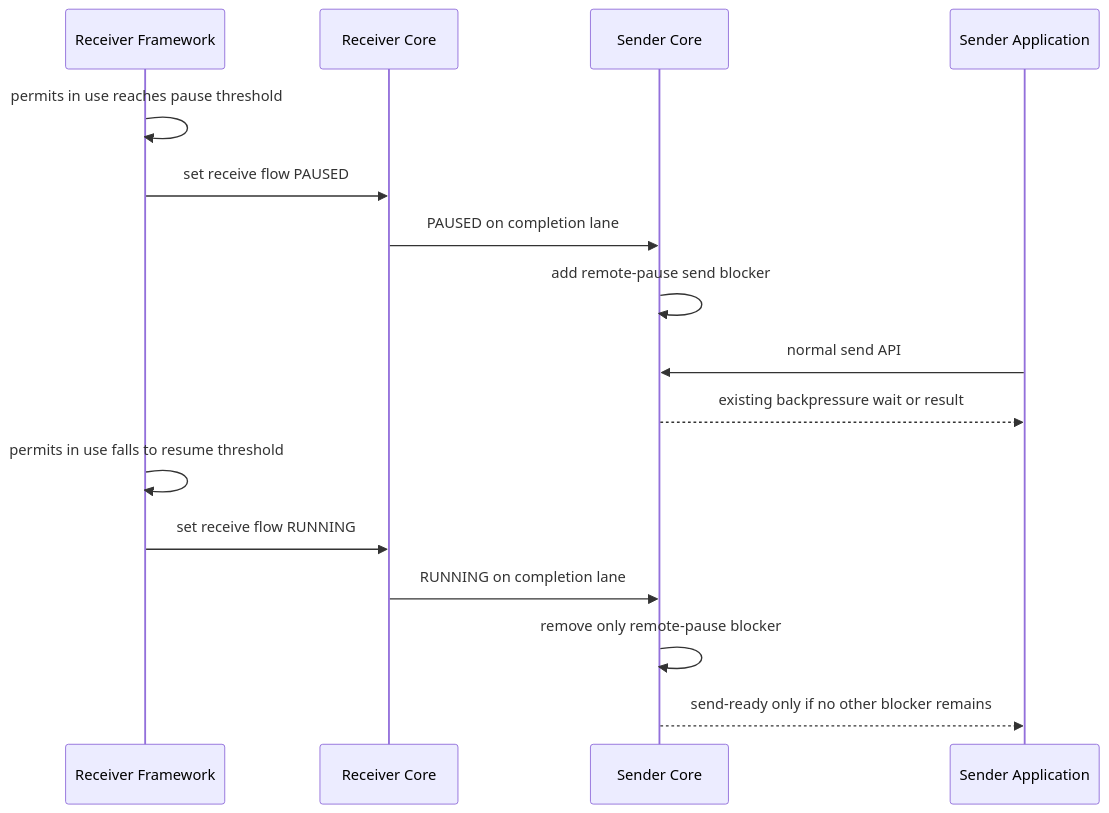
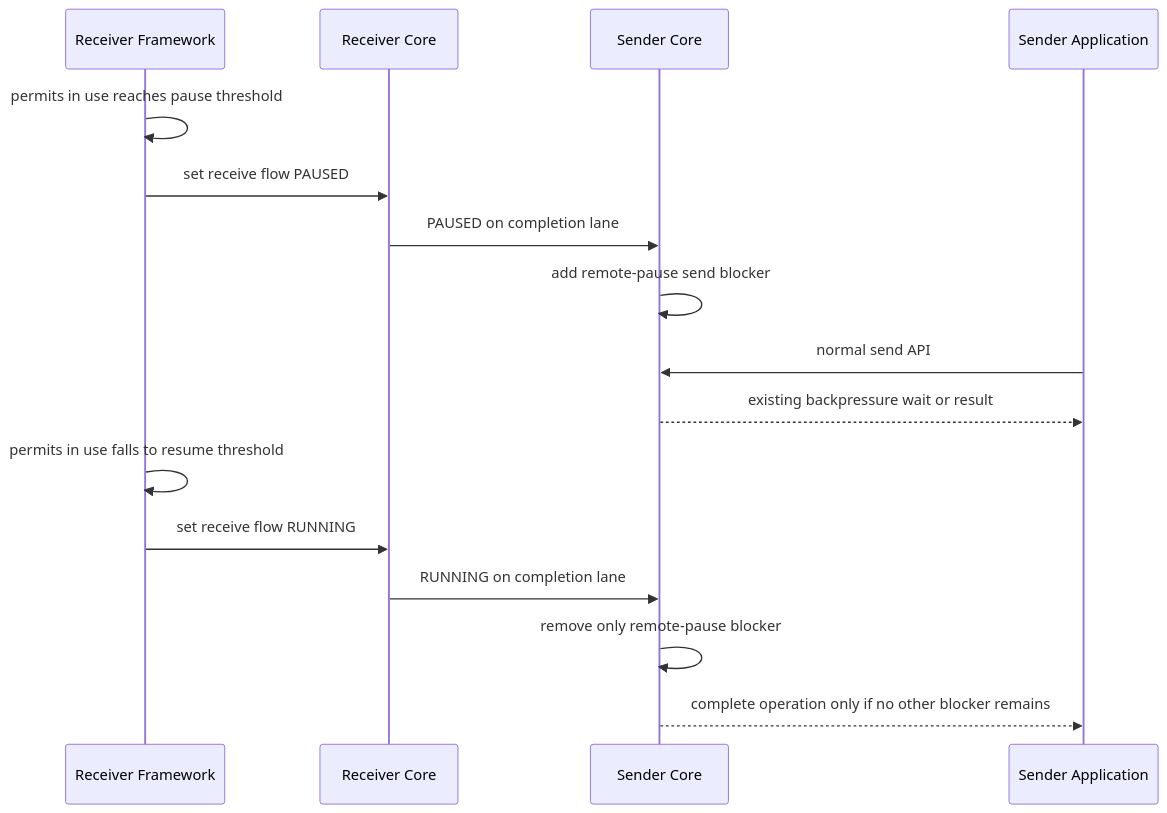
Before and after one commit to zlink-systems/zlink: the diagram in doc/plan/autohwm/00-hwm-backpressure-design-intent.ko.md, drawn with Mermaid. The commit also changed other lines of this file and 256 other files, not shown here.

````diff
--- a/doc/plan/autohwm/00-hwm-backpressure-design-intent.ko.md
+++ b/doc/plan/autohwm/00-hwm-backpressure-design-intent.ko.md
@@ -206,19 +222,19 @@
 ```mermaid
 sequenceDiagram
     participant F as Receiver Framework
     participant RC as Receiver Core
     participant SC as Sender Core
     participant A as Sender Application
 
     F->>F: permits in use reaches pause threshold
     F->>RC: set receive flow PAUSED
     RC->>SC: PAUSED on completion lane
     SC->>SC: add remote-pause send blocker
     A->>SC: normal send API
     SC-->>A: existing backpressure wait or result
     F->>F: permits in use falls to resume threshold
     F->>RC: set receive flow RUNNING
     RC->>SC: RUNNING on completion lane
     SC->>SC: remove only remote-pause blocker
-    SC-->>A: send-ready only if no other blocker remains
+    SC-->>A: complete operation only if no other blocker remains
 ```
````
